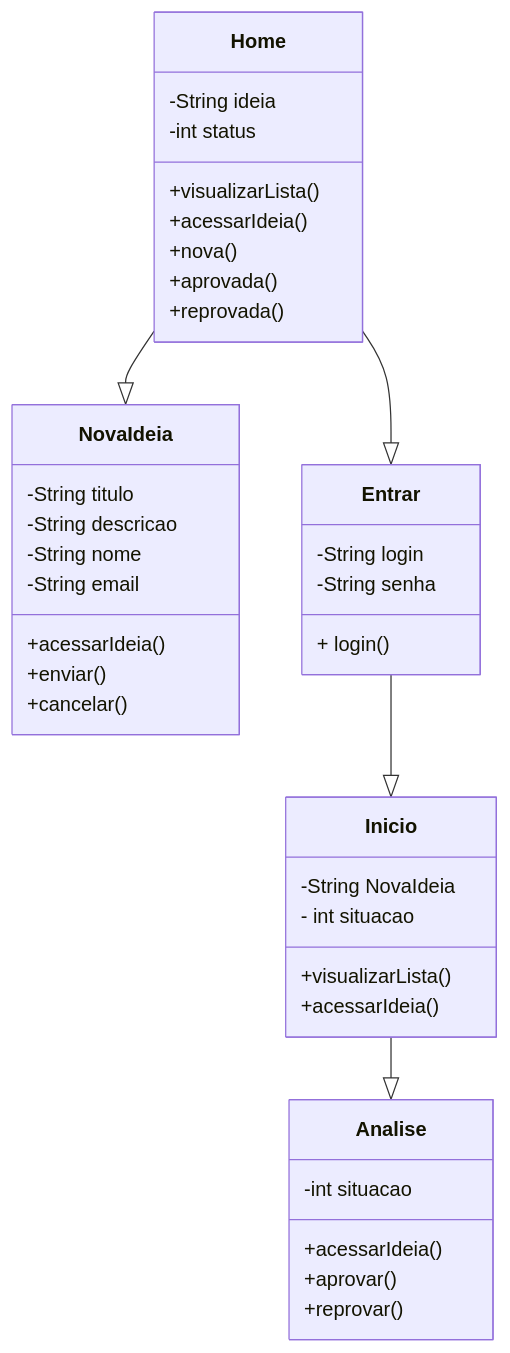
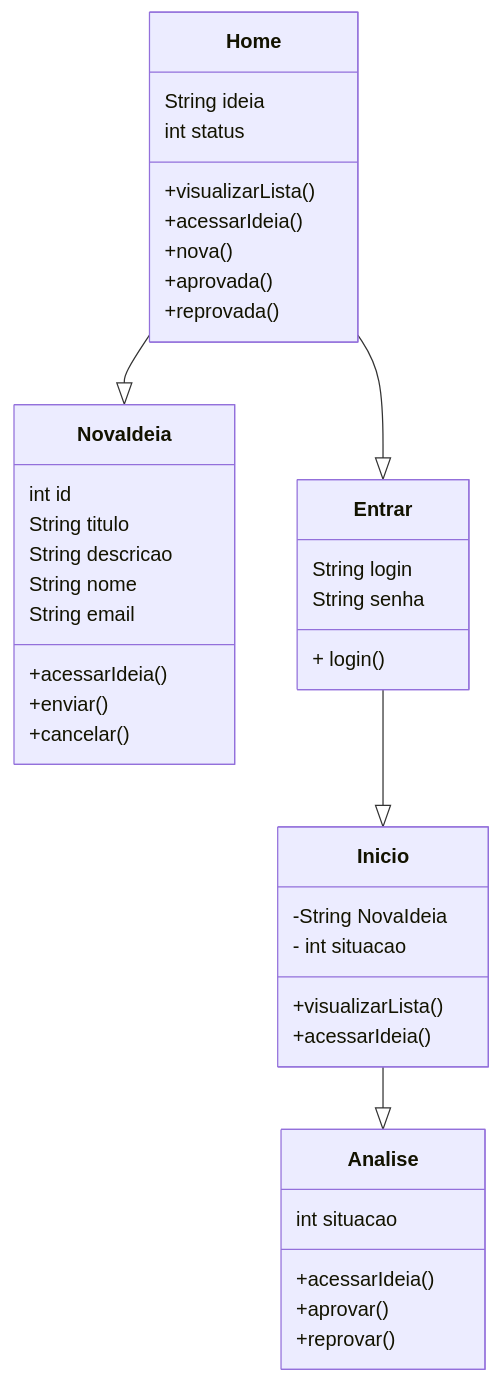
Before and after one commit to dani-marioti/Portfolio: the second of 4 diagrams in backend/README.md, drawn with Mermaid. The commit also changed other lines of this file, not shown here.

````diff
--- a/backend/README.md
+++ b/backend/README.md
@@ -56,50 +56,51 @@
  ```mermaid
  classDiagram
     Home --|> NovaIdeia
     Home --|> Entrar
     Entrar --|> Inicio
     Inicio --|>  Analise
-    Home : -String ideia
-    Home : -int status
-    NovaIdeia : -String titulo
-    NovaIdeia : -String descricao
-    NovaIdeia : -String nome
-    NovaIdeia : -String email
-    Entrar : -String login
-    Entrar : -String senha
-    Analise: -int situacao
+    Home : String ideia
+    Home : int status
+    NovaIdeia : int id
+    NovaIdeia : String titulo
+    NovaIdeia : String descricao
+    NovaIdeia : String nome
+    NovaIdeia : String email
+    Entrar : String login
+    Entrar : String senha
+    Analise: int situacao
 
     class Entrar{
         + login()
     }
 
     class Home{
         +visualizarLista()
         +acessarIdeia()
         +nova()
         +aprovada()
         +reprovada()
     }
 
     class Inicio{
         -String NovaIdeia
         - int situacao
         +visualizarLista()
         +acessarIdeia()
 
     }
 
     class NovaIdeia{
         +acessarIdeia()
         +enviar()
         +cancelar()
     }
 
     class Analise{
         +acessarIdeia()
         +aprovar()
         +reprovar()
     }
 
             
    ```
````
